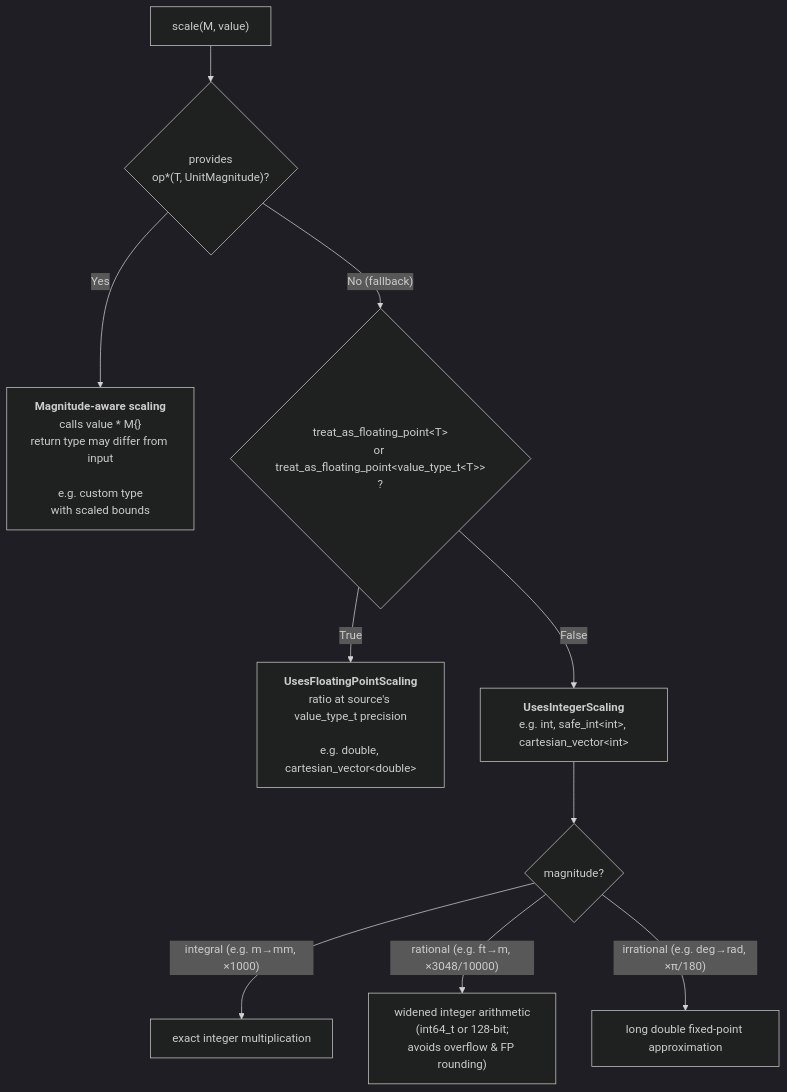
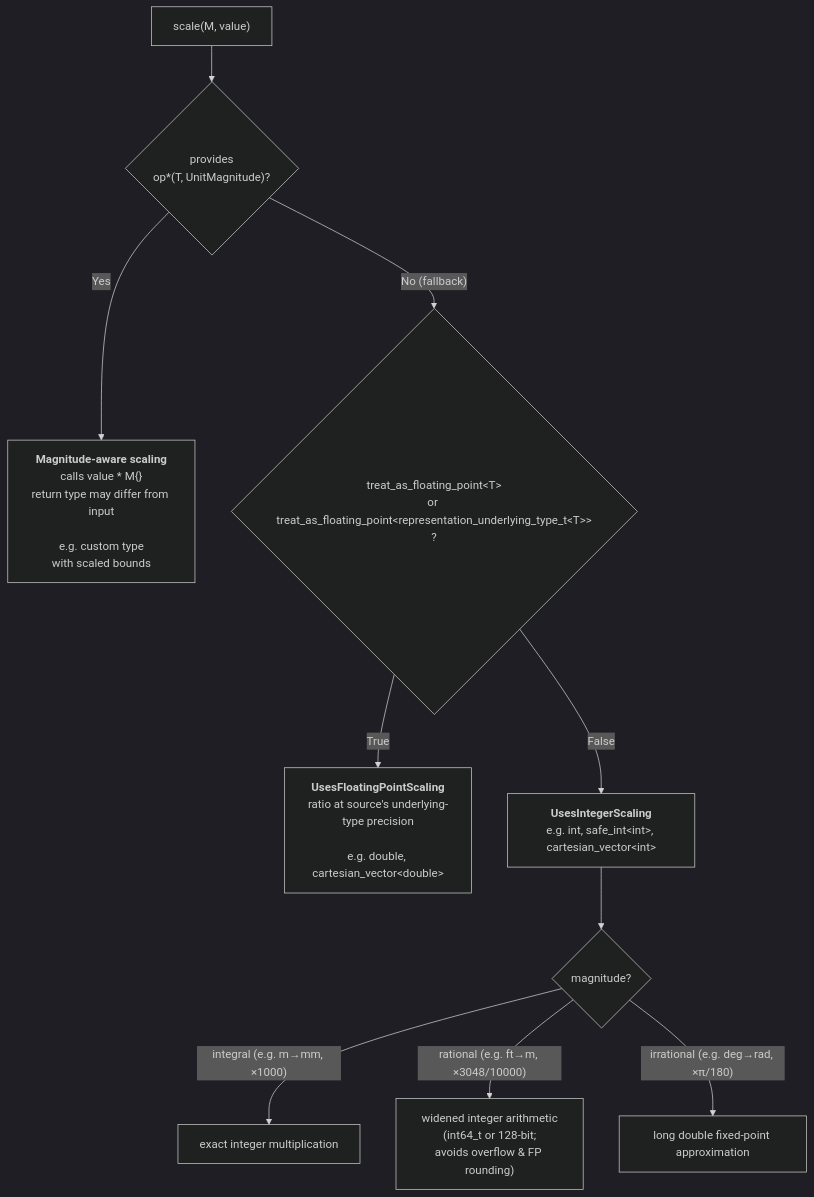
Before and after one commit to RalphSteinhagen/units: the diagram in docs/users_guide/framework_basics/representation_types.md, drawn with Mermaid (dark theme). The commit also changed other lines of this file and 1 other file, not shown here.

Commit message:
docs: representation types docs improved

````diff
--- a/docs/users_guide/framework_basics/representation_types.md
+++ b/docs/users_guide/framework_basics/representation_types.md
@@ -213,12 +215,12 @@
 ```mermaid
 flowchart TD
     A["scale(M, value)"] --> MA{"provides<br>op*(T, UnitMagnitude)?"}
     MA -- "Yes" --> MAR["<b>Magnitude-aware scaling</b><br>calls value * M{}<br>return type may differ from input<br><br>e.g. custom type<br>with scaled bounds"]
-    MA -- "No (fallback)" --> B{"treat_as_floating_point&lt;T&gt;<br>or treat_as_floating_point&lt;value_type_t&lt;T&gt;&gt;<br>?"}
-    B -- True --> FP["<b>UsesFloatingPointScaling</b><br>ratio at source's value_type_t precision<br><br>e.g. double, cartesian_vector&lt;double&gt;"]
+    MA -- "No (fallback)" --> B{"treat_as_floating_point&lt;T&gt;<br>or treat_as_floating_point&lt;representation_underlying_type_t&lt;T&gt;&gt;<br>?"}
+    B -- True --> FP["<b>UsesFloatingPointScaling</b><br>ratio at source's underlying-type precision<br><br>e.g. double, cartesian_vector&lt;double&gt;"]
     B -- False --> INT["<b>UsesIntegerScaling</b><br>e.g. int, safe_int&lt;int&gt;, cartesian_vector&lt;int&gt;"]
     INT --> G{"magnitude?"}
     G -- "integral (e.g. m→mm, ×1000)" --> I["exact integer multiplication"]
     G -- "rational (e.g. ft→m, ×3048/10000)" --> R["widened integer arithmetic<br>(int64_t or 128-bit;<br>avoids overflow &amp; FP rounding)"]
     G -- "irrational (e.g. deg→rad, ×π/180)" --> IR["long double fixed-point approximation"]
 ```
````
